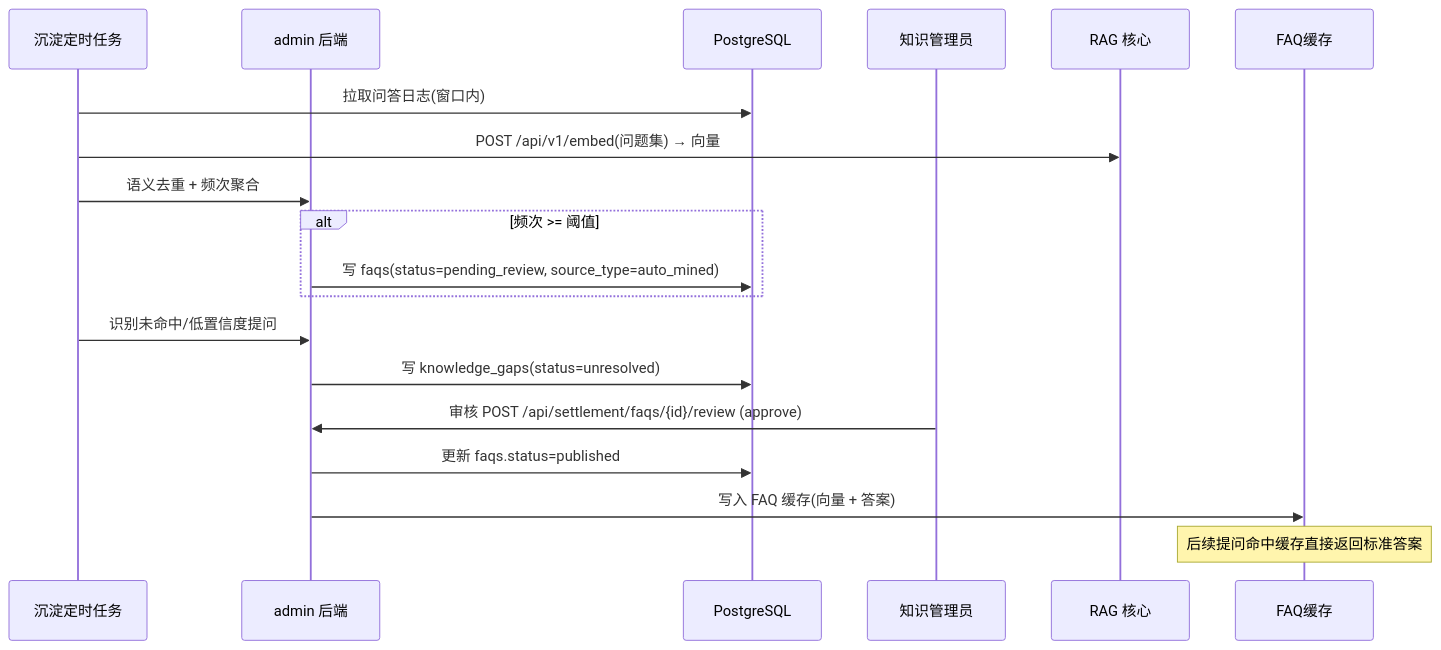
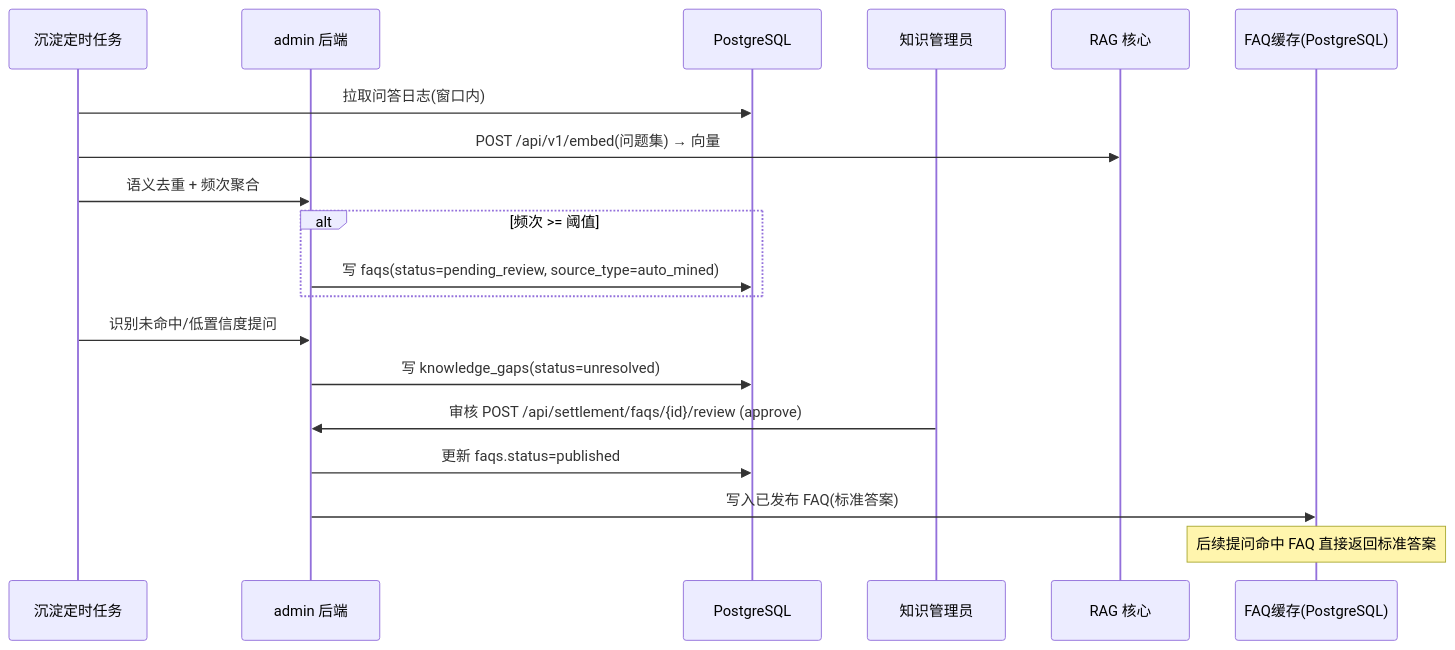
One commit to stanxwy/kbms changed the fifth of 6 diagrams in docs/知识库管理平台SPEC.md. Above: the diagram before and after it, drawn with Mermaid. The commit also changed other lines of this file and 1 other file, not shown here.

Commit message:
redis removed use React instead of Vue

````diff
--- a/docs/知识库管理平台SPEC.md
+++ b/docs/知识库管理平台SPEC.md
@@ -588,22 +597,22 @@
 ```mermaid
 sequenceDiagram
     participant JOB as 沉淀定时任务
     participant BE as admin 后端
     participant PG as PostgreSQL
     participant KA as 知识管理员
     participant RAG as RAG 核心
-    participant Redis as FAQ缓存
+    participant FAQC as FAQ缓存(PostgreSQL)
 
     JOB->>PG: 拉取问答日志(窗口内)
     JOB->>RAG: POST /api/v1/embed(问题集) → 向量
     JOB->>BE: 语义去重 + 频次聚合
     alt 频次 >= 阈值
         BE->>PG: 写 faqs(status=pending_review, source_type=auto_mined)
     end
     JOB->>BE: 识别未命中/低置信度提问
     BE->>PG: 写 knowledge_gaps(status=unresolved)
     KA->>BE: 审核 POST /api/settlement/faqs/{id}/review (approve)
     BE->>PG: 更新 faqs.status=published
-    BE->>Redis: 写入 FAQ 缓存(向量 + 答案)
-    Note over Redis: 后续提问命中缓存直接返回标准答案
+    BE->>FAQC: 写入已发布 FAQ(标准答案)
+    Note over FAQC: 后续提问命中 FAQ 直接返回标准答案
 ```
````
